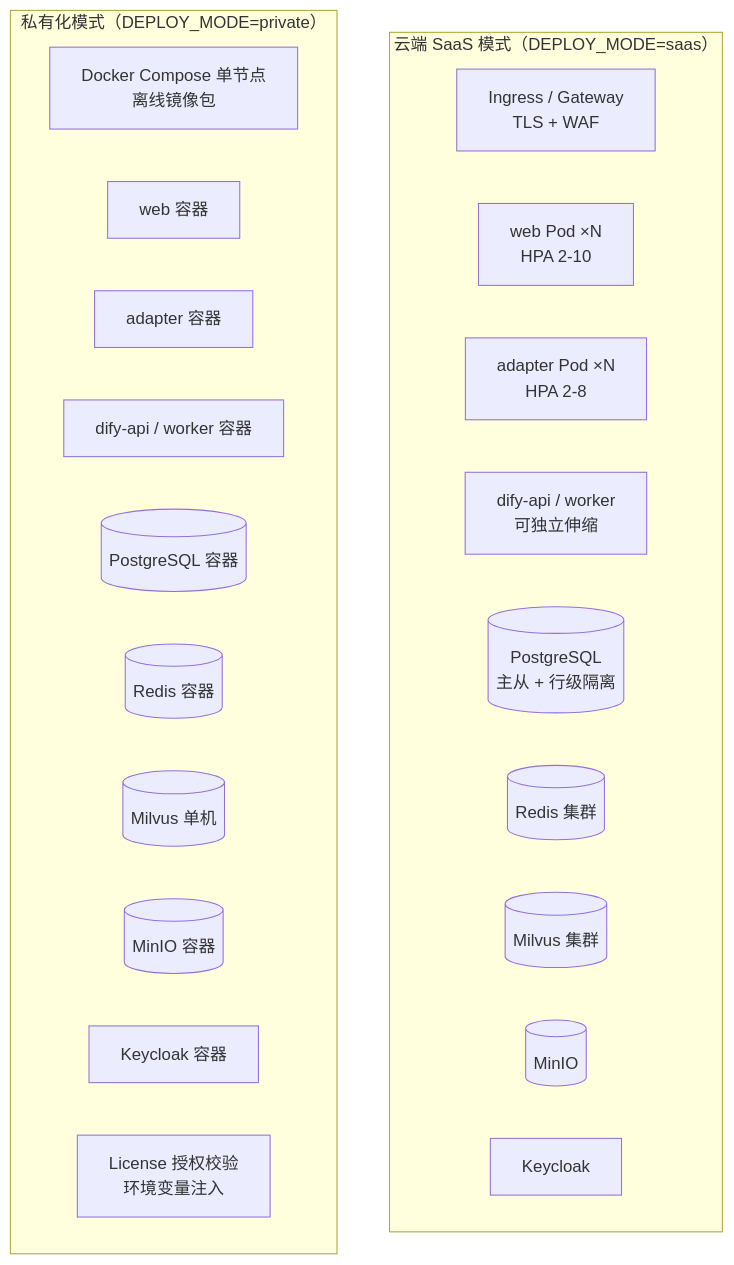
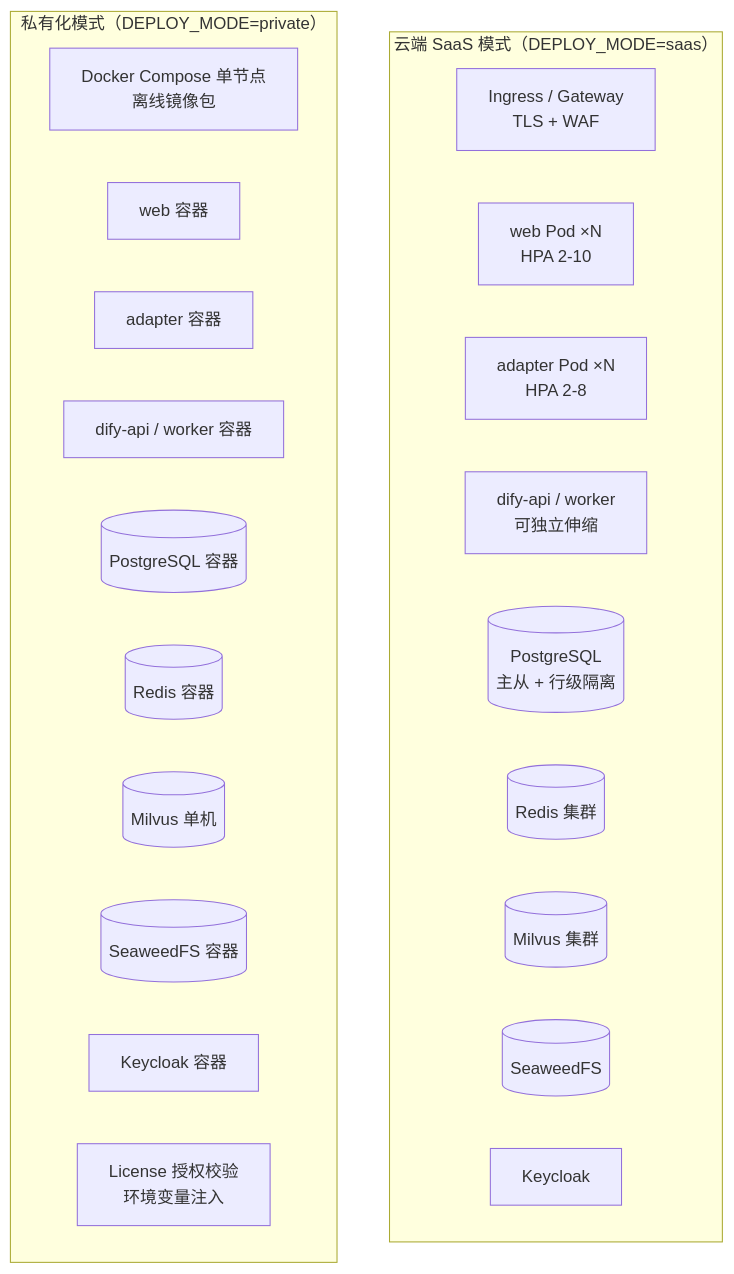
The second of 8 diagrams in docs/architecture-v1.0.md (kHuner9712/MOY), drawn with Mermaid before and after one commit. The commit also changed other lines of this file and 3 other files, not shown here.

````diff
--- a/docs/architecture-v1.0.md
+++ b/docs/architecture-v1.0.md
@@ -106,26 +107,26 @@
 ```mermaid
 graph TB
     subgraph SAAS["云端 SaaS 模式（DEPLOY_MODE=saas）"]
         ING[Ingress / Gateway<br/>TLS + WAF]
         WEBA[web Pod ×N<br/>HPA 2-10]
         ADA[adapter Pod ×N<br/>HPA 2-8]
         DFA[dify-api / worker<br/>可独立伸缩]
         PG[(PostgreSQL<br/>主从 + 行级隔离)]
         RD[(Redis 集群)]
         ML[(Milvus 集群)]
-        MIO[(MinIO)]
+        MIO[(SeaweedFS)]
         KC[Keycloak]
     end
     subgraph PRIV["私有化模式（DEPLOY_MODE=private）"]
         COMPOSE[Docker Compose 单节点<br/>离线镜像包]
         WEBP[web 容器]
         ADP[adapter 容器]
         DFP[dify-api / worker 容器]
         PGP[(PostgreSQL 容器)]
         RDP[(Redis 容器)]
         MLP[(Milvus 单机)]
-        MIOP[(MinIO 容器)]
+        MIOP[(SeaweedFS 容器)]
         KCP[Keycloak 容器]
         LIC[License 授权校验<br/>环境变量注入]
     end
 ```
````
